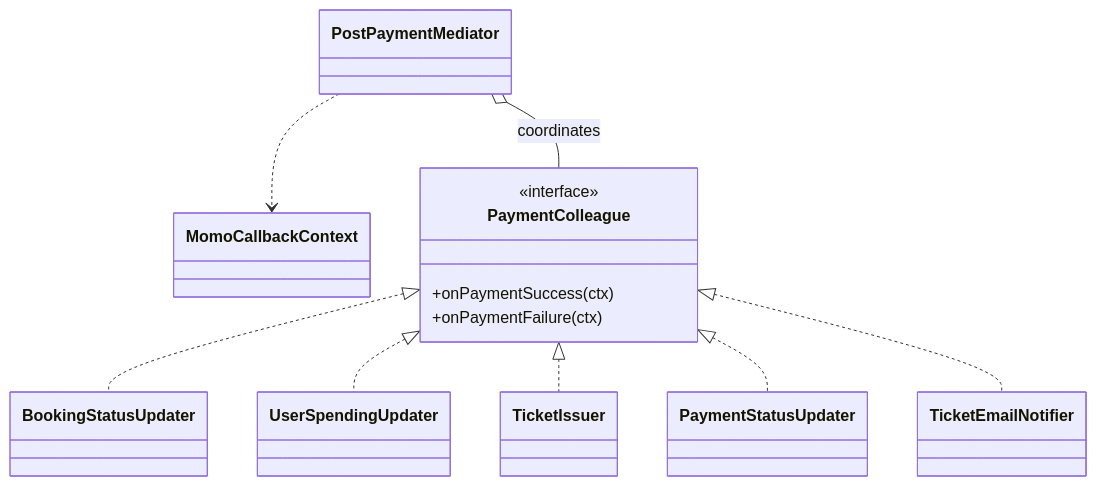
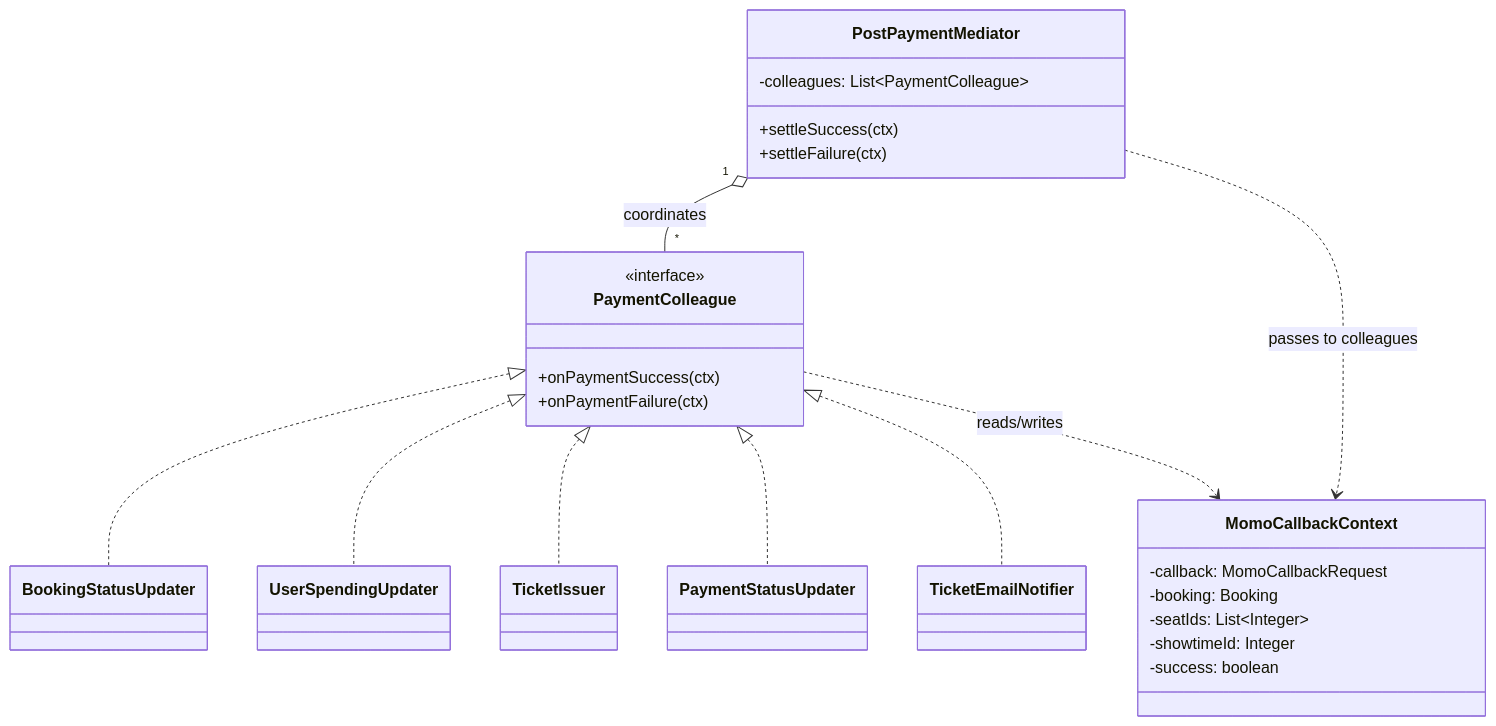
The diagram in plans/02-mediator-post-payment.md (anhtudayne/Design_Pattern), drawn with Mermaid before and after one commit. The commit also changed 30 other files, not shown here.

Commit message:
add uml design pattern

````diff
--- a/plans/02-mediator-post-payment.md
+++ b/plans/02-mediator-post-payment.md
@@ -115,24 +115,35 @@
 ```mermaid
 classDiagram
   direction TB
-  class MomoCallbackContext
+  class MomoCallbackContext {
+    -callback: MomoCallbackRequest
+    -booking: Booking
+    -seatIds: List~Integer~
+    -showtimeId: Integer
+    -success: boolean
+  }
   class PaymentColleague {
     <<interface>>
     +onPaymentSuccess(ctx)
     +onPaymentFailure(ctx)
   }
-  class PostPaymentMediator
+  class PostPaymentMediator {
+    -colleagues: List~PaymentColleague~
+    +settleSuccess(ctx)
+    +settleFailure(ctx)
+  }
   class BookingStatusUpdater
   class UserSpendingUpdater
   class TicketIssuer
   class PaymentStatusUpdater
   class TicketEmailNotifier
 
   PaymentColleague <|.. BookingStatusUpdater
   PaymentColleague <|.. UserSpendingUpdater
   PaymentColleague <|.. TicketIssuer
   PaymentColleague <|.. PaymentStatusUpdater
   PaymentColleague <|.. TicketEmailNotifier
-  PostPaymentMediator o-- PaymentColleague : coordinates
-  PostPaymentMediator ..> MomoCallbackContext
+  PostPaymentMediator "1" o-- "*" PaymentColleague : coordinates
+  PostPaymentMediator ..> MomoCallbackContext : passes to colleagues
+  PaymentColleague ..> MomoCallbackContext : reads/writes
 ```
````
